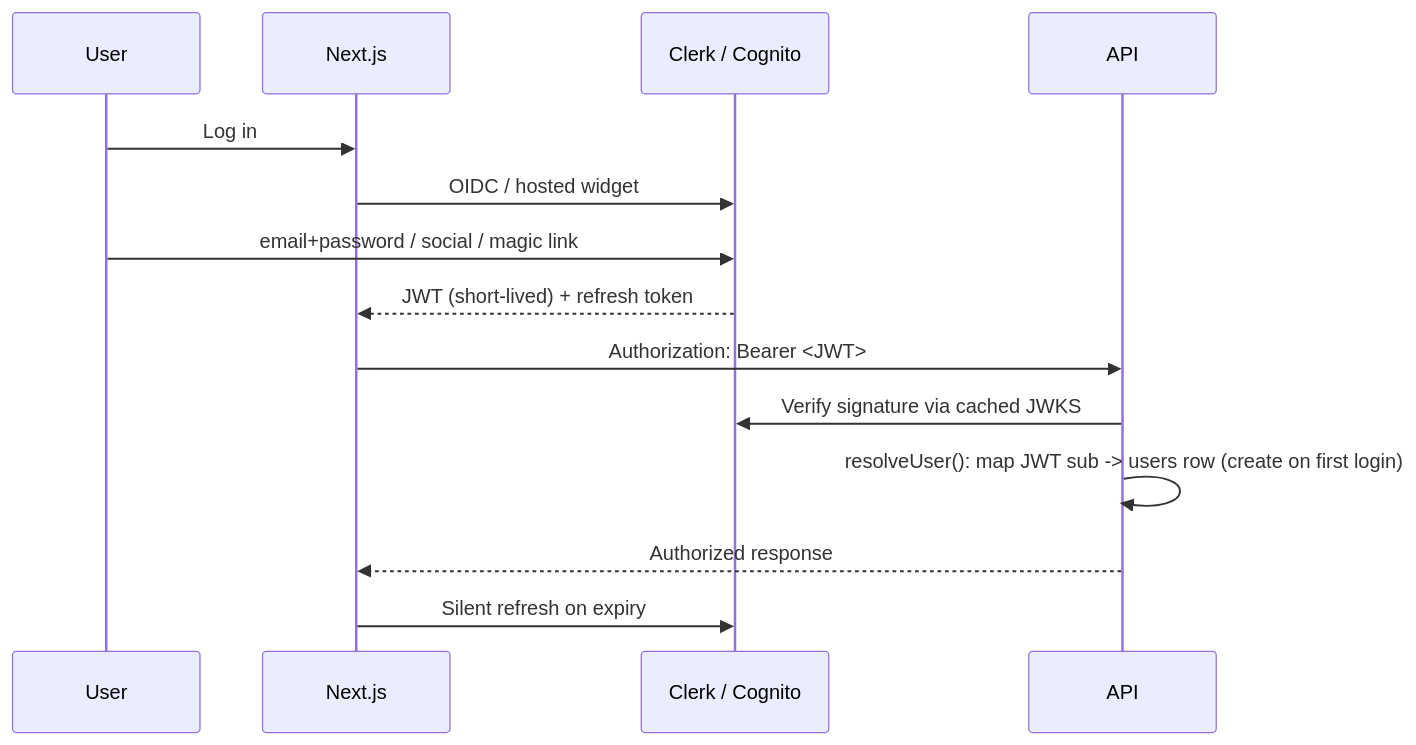
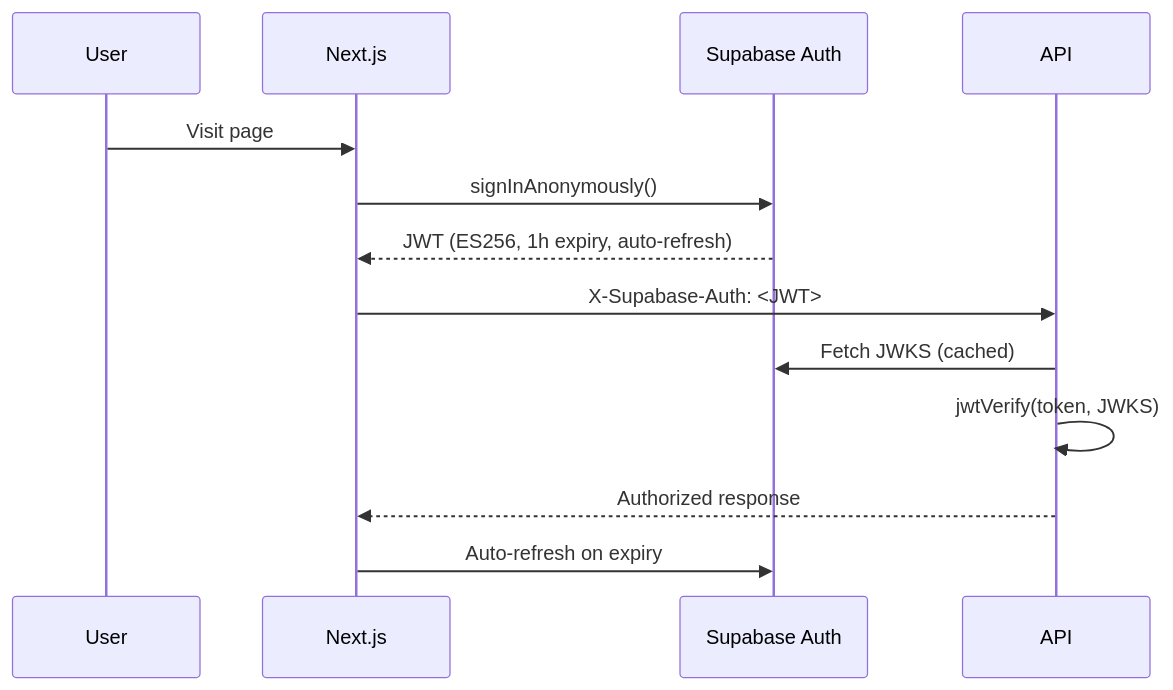
One commit to sharmaajanya27/FIFA_FAn_EXP changed the fourth of 4 diagrams in ARCHITECTURE.md. Above: the diagram before and after it, drawn with Mermaid. The commit also changed other lines of this file and 30 other files, not shown here.

First line of the commit message:
feat: add Supabase anonymous auth, security hardening, upgrade Next.js 16

````diff
--- a/ARCHITECTURE.md
+++ b/ARCHITECTURE.md
@@ -270,17 +286,16 @@
 ```mermaid
 sequenceDiagram
     participant U as User
     participant FE as Next.js
-    participant IdP as Clerk / Cognito
+    participant SB as Supabase Auth
     participant API as API
 
-    U->>FE: Log in
-    FE->>IdP: OIDC / hosted widget
-    U->>IdP: email+password / social / magic link
-    IdP-->>FE: JWT (short-lived) + refresh token
-    FE->>API: Authorization: Bearer <JWT>
-    API->>IdP: Verify signature via cached JWKS
-    API->>API: resolveUser(): map JWT sub -> users row (create on first login)
+    U->>FE: Visit page
+    FE->>SB: signInAnonymously()
+    SB-->>FE: JWT (ES256, 1h expiry, auto-refresh)
+    FE->>API: X-Supabase-Auth: <JWT>
+    API->>SB: Fetch JWKS (cached)
+    API->>API: jwtVerify(token, JWKS)
     API-->>FE: Authorized response
-    FE->>IdP: Silent refresh on expiry
+    FE->>SB: Auto-refresh on expiry
 ```
````
